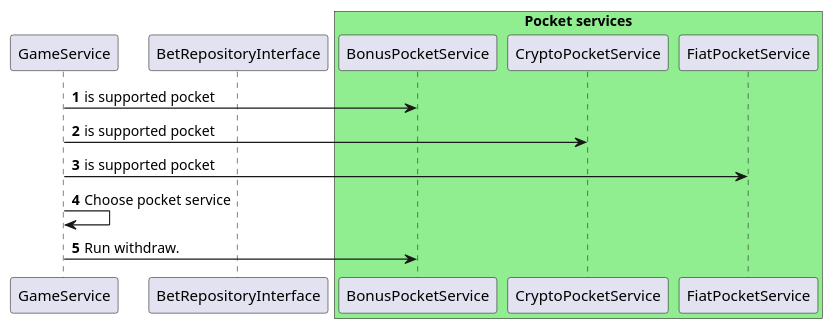
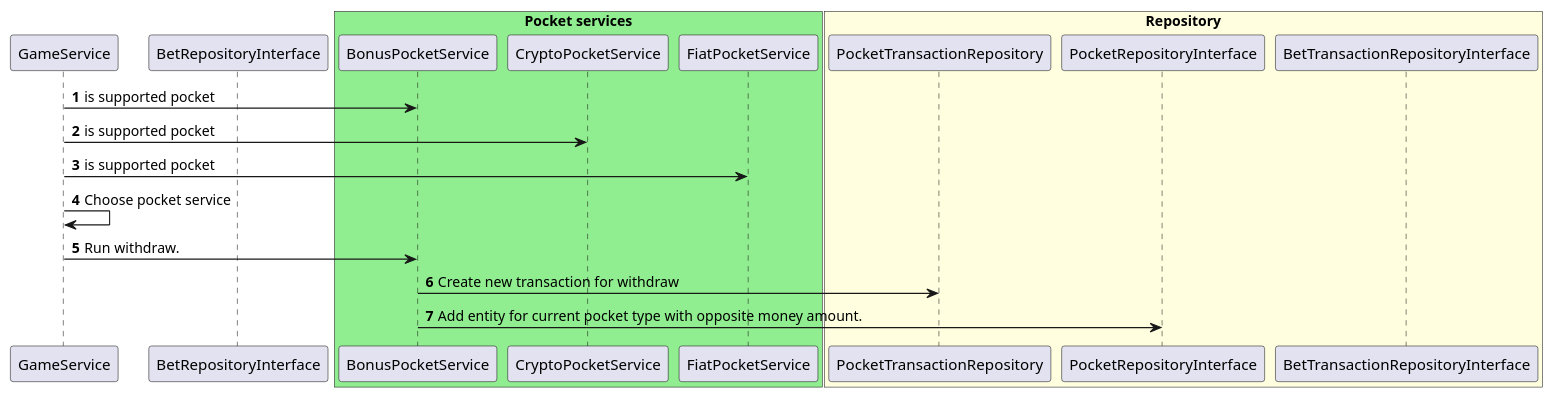
The diagram in docs/WithdrawSequenceDiagram.puml (SukachVitally/test_game_pocket), drawn with PlantUML before and after one commit. The commit also changed 1 other file, not shown here.

```diff
--- a/docs/WithdrawSequenceDiagram.puml
+++ b/docs/WithdrawSequenceDiagram.puml
@@ -1,19 +1,27 @@
 @startuml
 'https://plantuml.com/sequence-diagram
 
 autonumber
 participant GameService as gs
 participant BetRepositoryInterface
 box "Pocket services" #LightGreen
     participant BonusPocketService
     participant CryptoPocketService
     participant FiatPocketService
 end box
 
+box "Repository" #LightYellow
+    participant PocketTransactionRepository
+    participant PocketRepositoryInterface
+    participant BetTransactionRepositoryInterface
+end box
+
 gs -> BonusPocketService: is supported pocket
 gs -> CryptoPocketService: is supported pocket
 gs -> FiatPocketService: is supported pocket
 gs -> gs: Choose pocket service
 gs -> BonusPocketService: Run withdraw.
+BonusPocketService -> PocketTransactionRepository: Create new transaction for withdraw
+BonusPocketService -> PocketRepositoryInterface: Add entity for current pocket type with opposite money amount.
 
 @enduml
```
